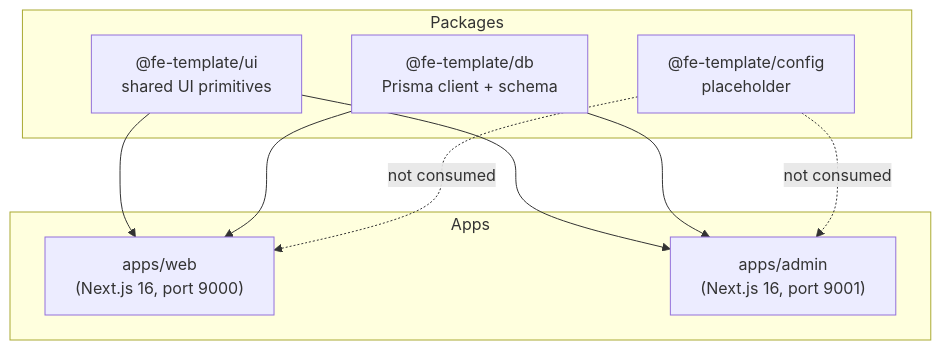
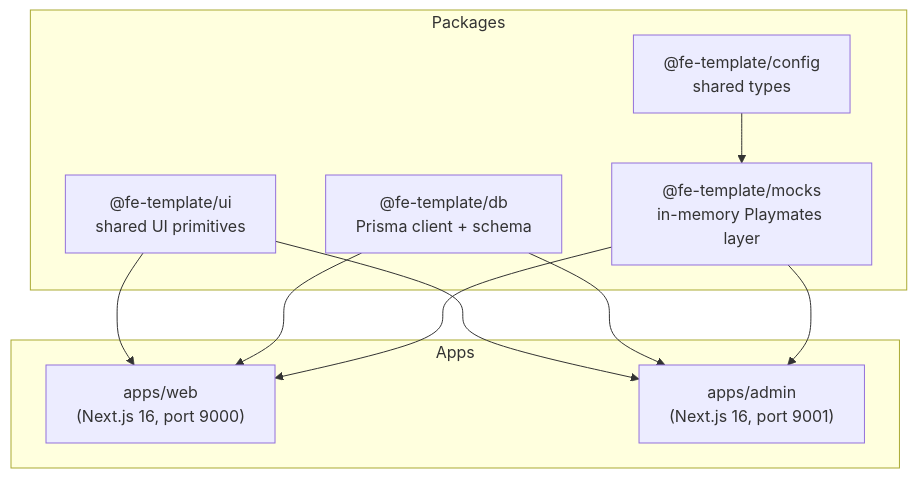
The diagram in docs/architecture.md (jose-codegourmet/playmates-ni-jose), drawn with Mermaid before and after one commit. The commit also changed other lines of this file and 20 other files, not shown here.

First line of the commit message:
feat(mocks): add @fe-template/mocks workspace (PNJ-011) (#92)

````diff
--- a/docs/architecture.md
+++ b/docs/architecture.md
@@ -9,20 +9,22 @@
 ```mermaid
 flowchart TD
     subgraph apps [Apps]
         WEB["apps/web\n(Next.js 16, port 9000)"]
         ADMIN["apps/admin\n(Next.js 16, port 9001)"]
     end
 
     subgraph packages [Packages]
         UI["@fe-template/ui\nshared UI primitives"]
         DB["@fe-template/db\nPrisma client + schema"]
-        CONFIG["@fe-template/config\nplaceholder"]
+        MOCKS["@fe-template/mocks\nin-memory Playmates layer"]
+        CONFIG["@fe-template/config\nshared types"]
     end
 
     UI --> WEB
     UI --> ADMIN
     DB --> WEB
     DB --> ADMIN
-    CONFIG -.->|not consumed| WEB
-    CONFIG -.->|not consumed| ADMIN
+    MOCKS --> WEB
+    MOCKS --> ADMIN
+    CONFIG --> MOCKS
 ```
````
